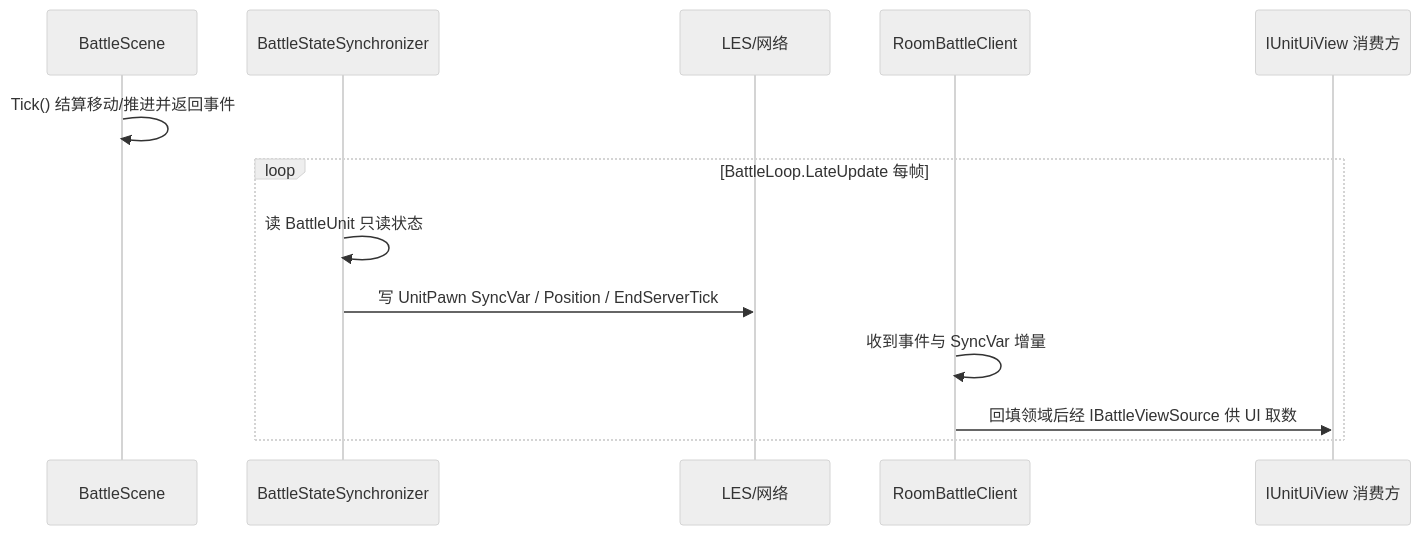
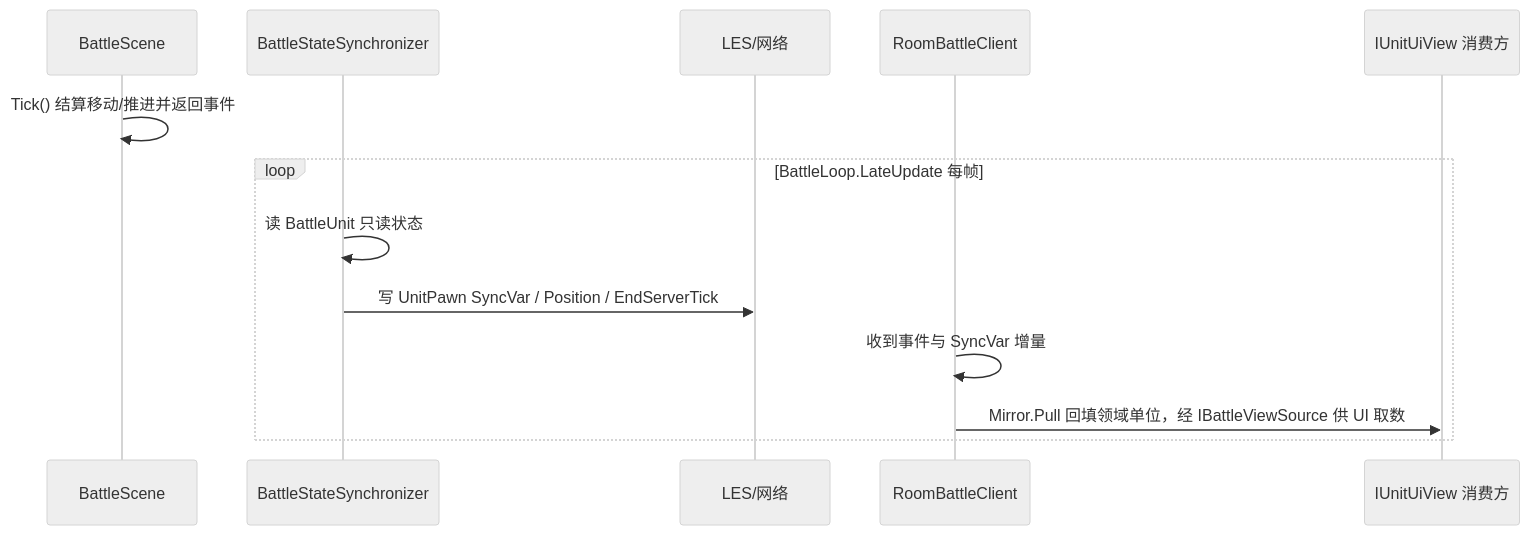
Before and after one commit to DrMelt/dungeon_chess_battle: the diagram in docs/flow/battle-state-sync.md, drawn with Mermaid (neutral theme). The commit also changed other lines of this file and 73 other files, not shown here.

Commit message:
refactor: 移动改整帧意图批量解算，客户端取数收进 LES 钩子并统一状态真相

````diff
--- a/docs/flow/battle-state-sync.md
+++ b/docs/flow/battle-state-sync.md
@@ -76,16 +77,16 @@
 ```mermaid
 sequenceDiagram
     participant Scene as BattleScene
     participant Sync as BattleStateSynchronizer
     participant Net as LES/网络
     participant Client as RoomBattleClient
     participant UI as IUnitUiView 消费方
 
     Scene->>Scene: Tick() 结算移动/推进并返回事件
     Loop BattleLoop.LateUpdate 每帧
         Sync->>Sync: 读 BattleUnit 只读状态
         Sync->>Net: 写 UnitPawn SyncVar / Position / EndServerTick
         Client->>Client: 收到事件与 SyncVar 增量
-        Client->>UI: 回填领域后经 IBattleViewSource 供 UI 取数
+        Client->>UI: Mirror.Pull 回填领域单位，经 IBattleViewSource 供 UI 取数
     end
 ```
````
